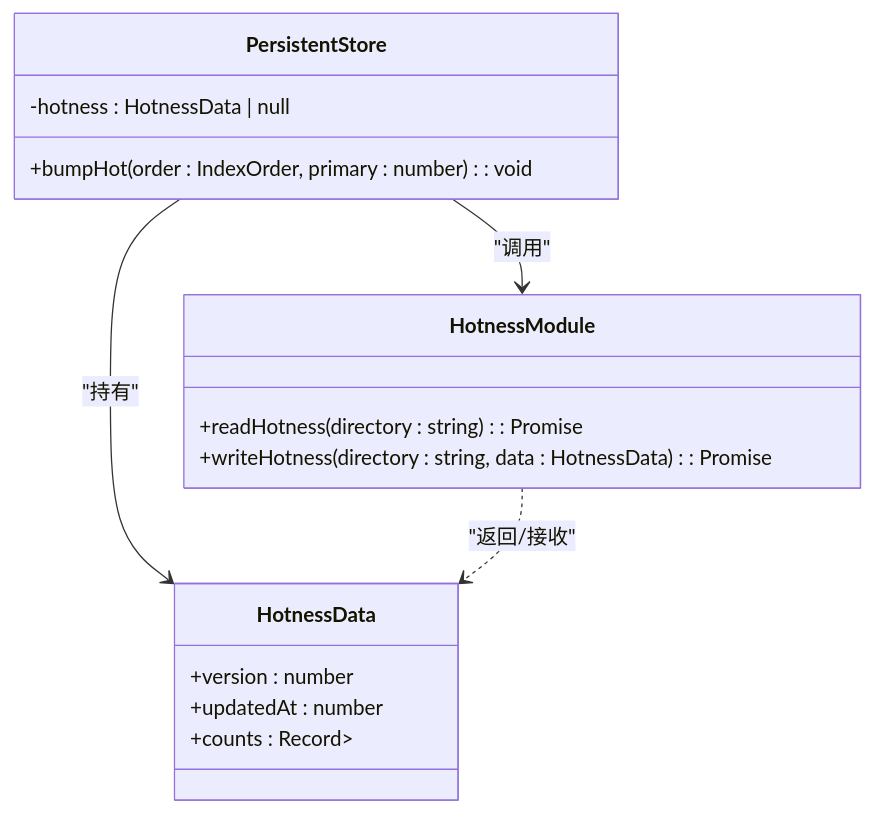
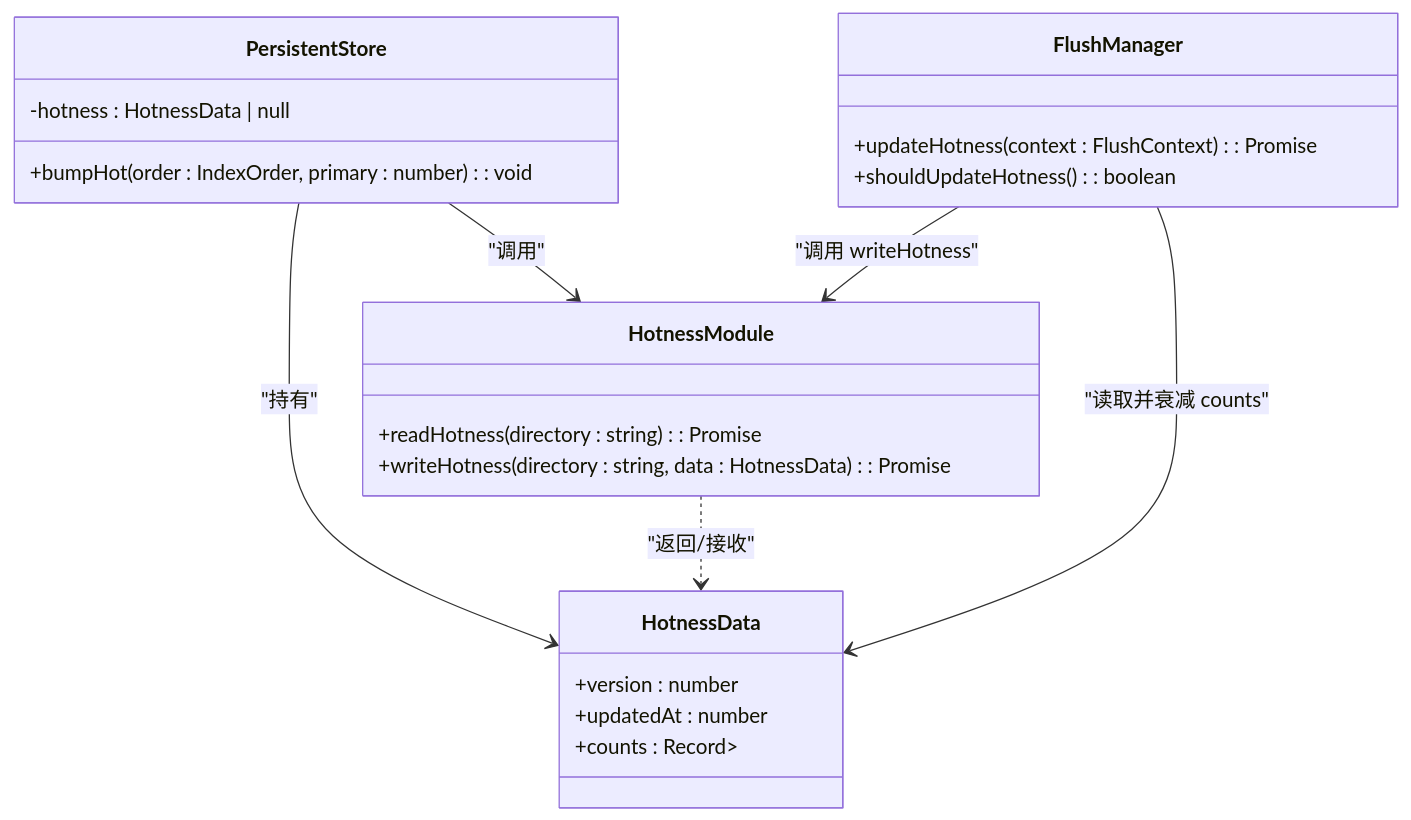
Before and after one commit to LuQing-Studio/nervusdb: the second of 3 diagrams in .qoder/repowiki/zh/content/命令行工具/状态监控工具/hot 命令：数据页热度分析.md, drawn with Mermaid. The commit also changed other lines of this file and 50 other files, not shown here.

````diff
--- a/.qoder/repowiki/zh/content/命令行工具/状态监控工具/hot 命令：数据页热度分析.md
+++ b/.qoder/repowiki/zh/content/命令行工具/状态监控工具/hot 命令：数据页热度分析.md
@@ -56,19 +60,25 @@
 ```mermaid
 classDiagram
 class HotnessData {
 +version : number
 +updatedAt : number
 +counts : Record<IndexOrder, Record<string, number>>
 }
 class PersistentStore {
 -hotness : HotnessData | null
 +bumpHot(order : IndexOrder, primary : number) : void
 }
 class HotnessModule {
 +readHotness(directory : string) : Promise<HotnessData>
 +writeHotness(directory : string, data : HotnessData) : Promise<void>
 }
+class FlushManager {
++updateHotness(context : FlushContext) : Promise<void>
++shouldUpdateHotness() : boolean
+}
 PersistentStore --> HotnessData : "持有"
 PersistentStore --> HotnessModule : "调用"
 HotnessModule ..> HotnessData : "返回/接收"
+FlushManager --> HotnessModule : "调用 writeHotness"
+FlushManager --> HotnessData : "读取并衰减 counts"
 ```
````
